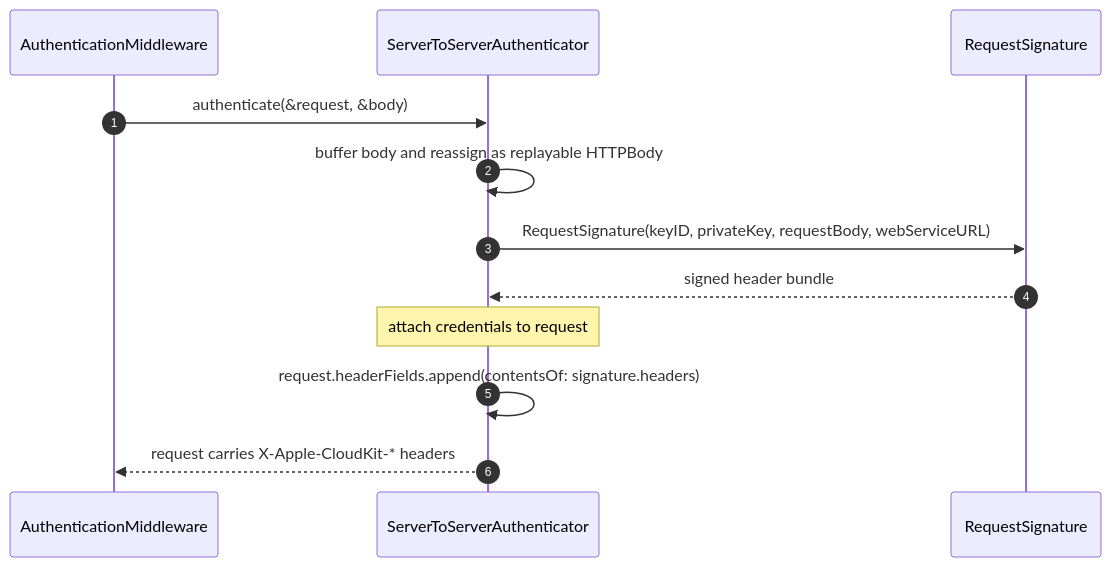
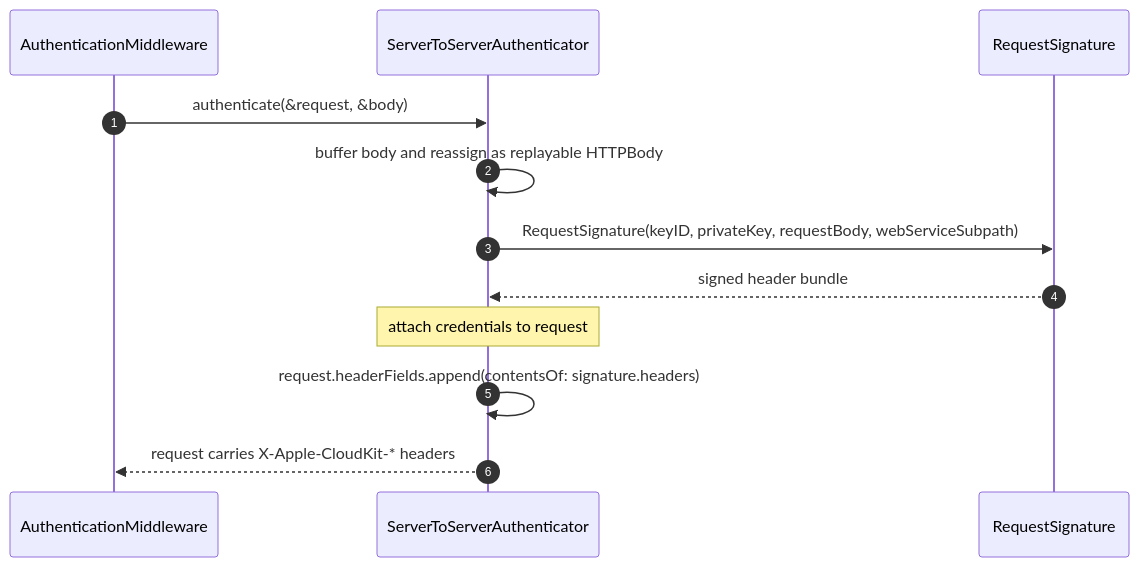
The third of 4 diagrams in docs/internals/authentication-middleware.md (brightdigit/MistKit), drawn with Mermaid before and after one commit. The commit also changed other lines of this file and 1147 other files, not shown here.

````diff
--- a/docs/internals/authentication-middleware.md
+++ b/docs/internals/authentication-middleware.md
@@ -314,15 +326,15 @@
 ```mermaid
 sequenceDiagram
   autonumber
   participant Mid as AuthenticationMiddleware
   participant Auth as ServerToServerAuthenticator
   participant Sig as RequestSignature
 
   Mid->>Auth: authenticate(&request, &body)
   Auth->>Auth: buffer body and reassign as replayable HTTPBody
-  Auth->>Sig: RequestSignature(keyID, privateKey, requestBody, webServiceURL)
+  Auth->>Sig: RequestSignature(keyID, privateKey, requestBody, webServiceSubpath)
   Sig-->>Auth: signed header bundle
   Note over Auth: attach credentials to request
   Auth->>Auth: request.headerFields.append(contentsOf: signature.headers)
   Auth-->>Mid: request carries X-Apple-CloudKit-* headers
 ```
````
